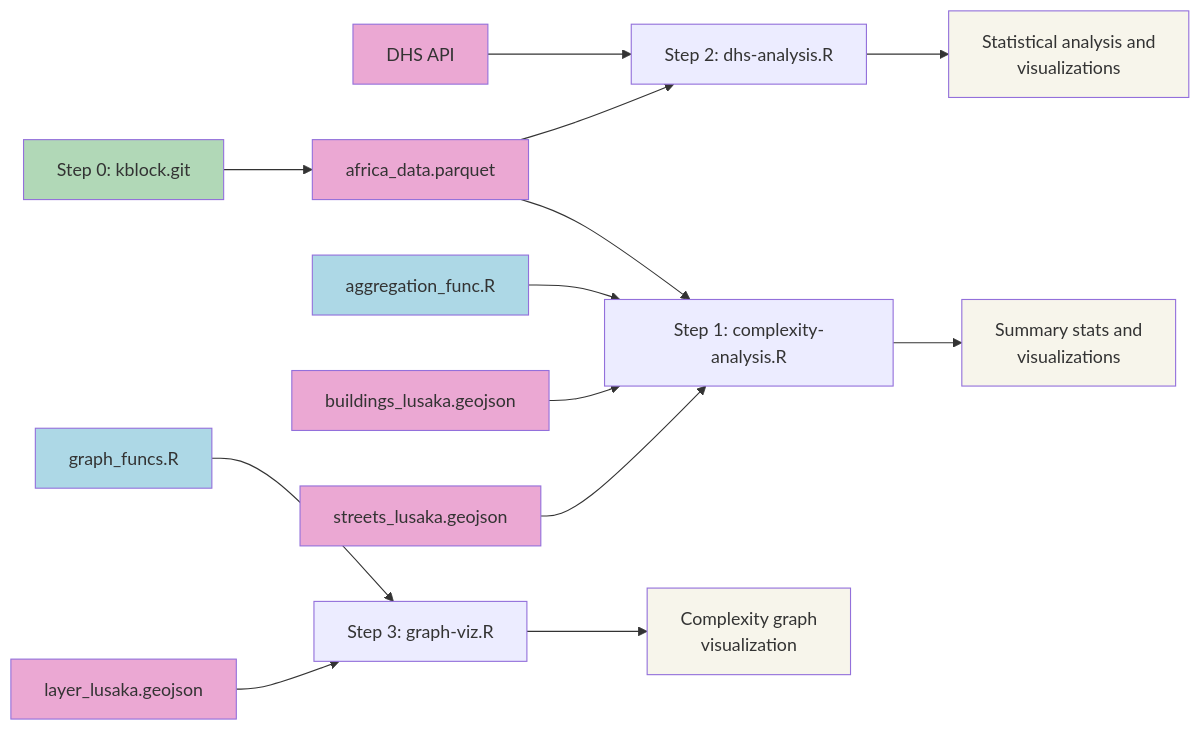
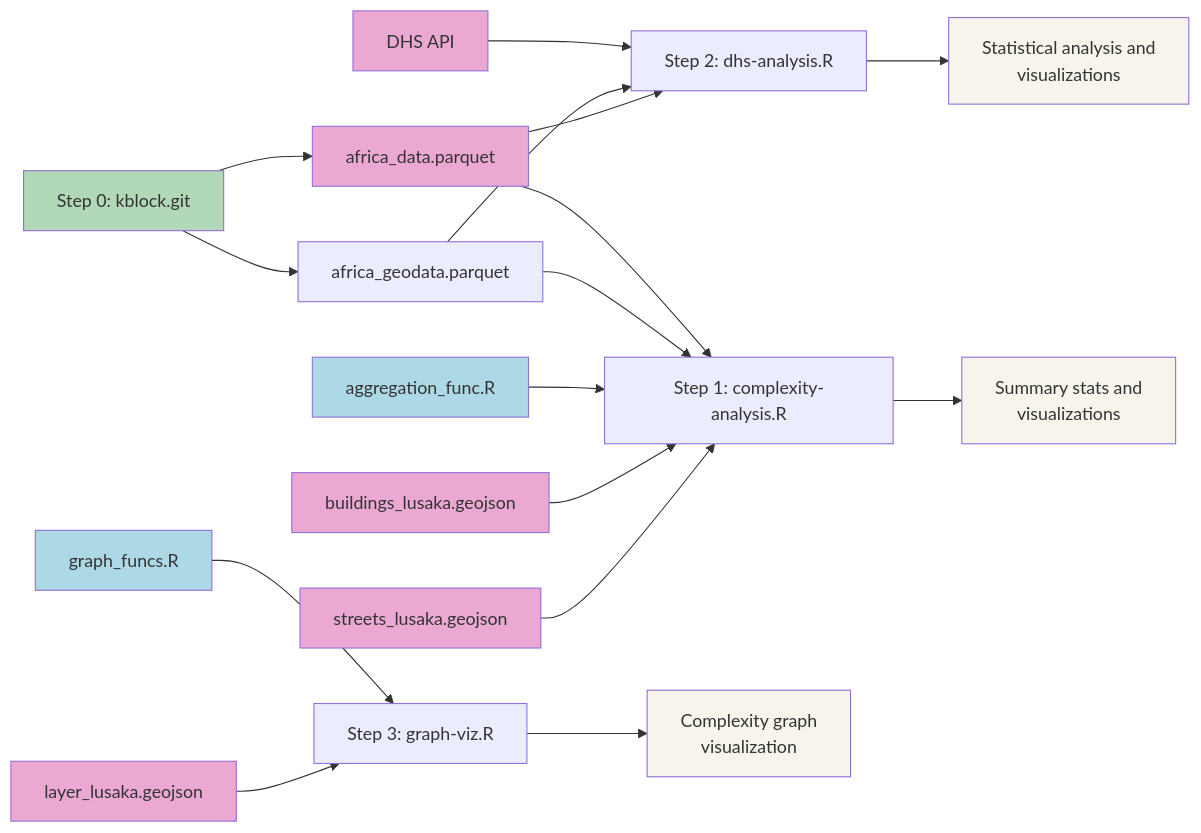
One commit to mansueto-institute/kblock-analysis changed the diagram in ReadMe.md. Above: the diagram before and after it, drawn with Mermaid.

````diff
--- a/ReadMe.md
+++ b/ReadMe.md
@@ -22,33 +22,38 @@
 ```mermaid
 graph LR
 G[DHS API] --> C
 A[africa_data.parquet] --> B[Step 1: complexity-analysis.R]
+M[africa_geodata.parquet] --> B
+M[africa_geodata.parquet] --> C
+
+Q[Step 0: kblock.git] --> M
+
 E[aggregation_func.R] --> B
 A --> C[Step 2: dhs-analysis.R]
 B --> Z[Summary stats and<br>visualizations]
 C --> X[Statistical analysis and<br>visualizations]
 Q[Step 0: kblock.git] --> A
 
 F[graph_funcs.R] --> D[Step 3: graph-viz.R]
 J[layer_lusaka.geojson] --> D
 
 K[buildings_lusaka.geojson] --> B
 L[streets_lusaka.geojson] --> B
 
 D --> Y[Complexity graph<br>visualization]
 
 style A fill:#eba8d3
 style G fill:#eba8d3
 style J fill:#eba8d3
 style K fill:#eba8d3
 style L fill:#eba8d3
 
 style Z fill: #f7f5eb
 style X fill: #f7f5eb
 style Y fill: #f7f5eb
 
 style F fill: #ADD8E6
 style E fill: #ADD8E6
 
 style Q fill: #b1d8b7
 ```
````
